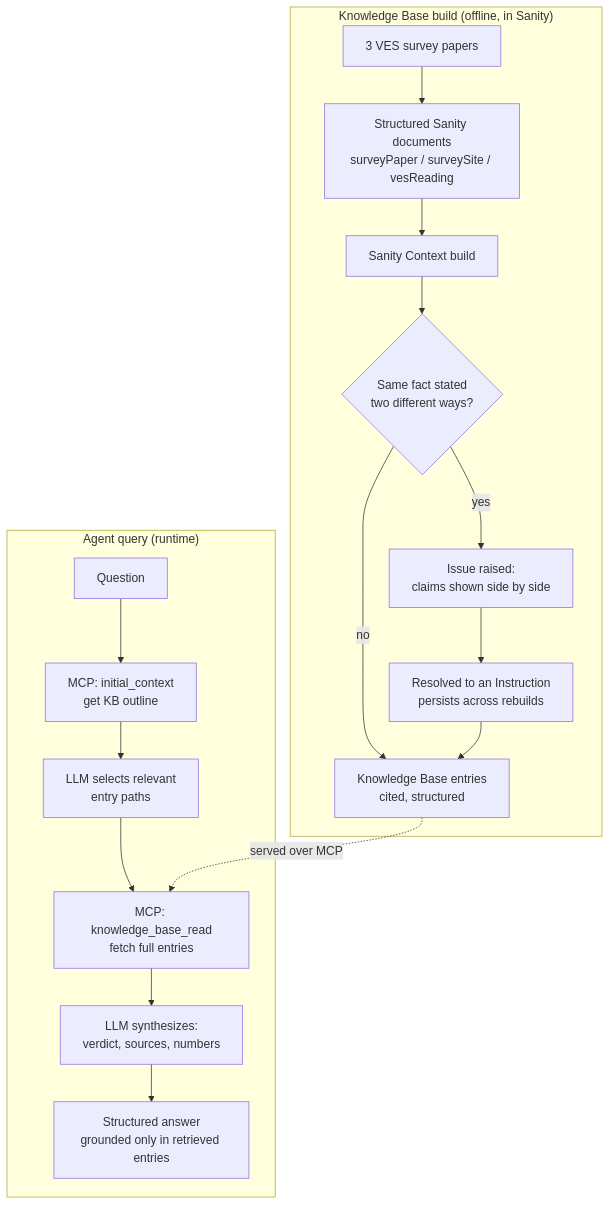
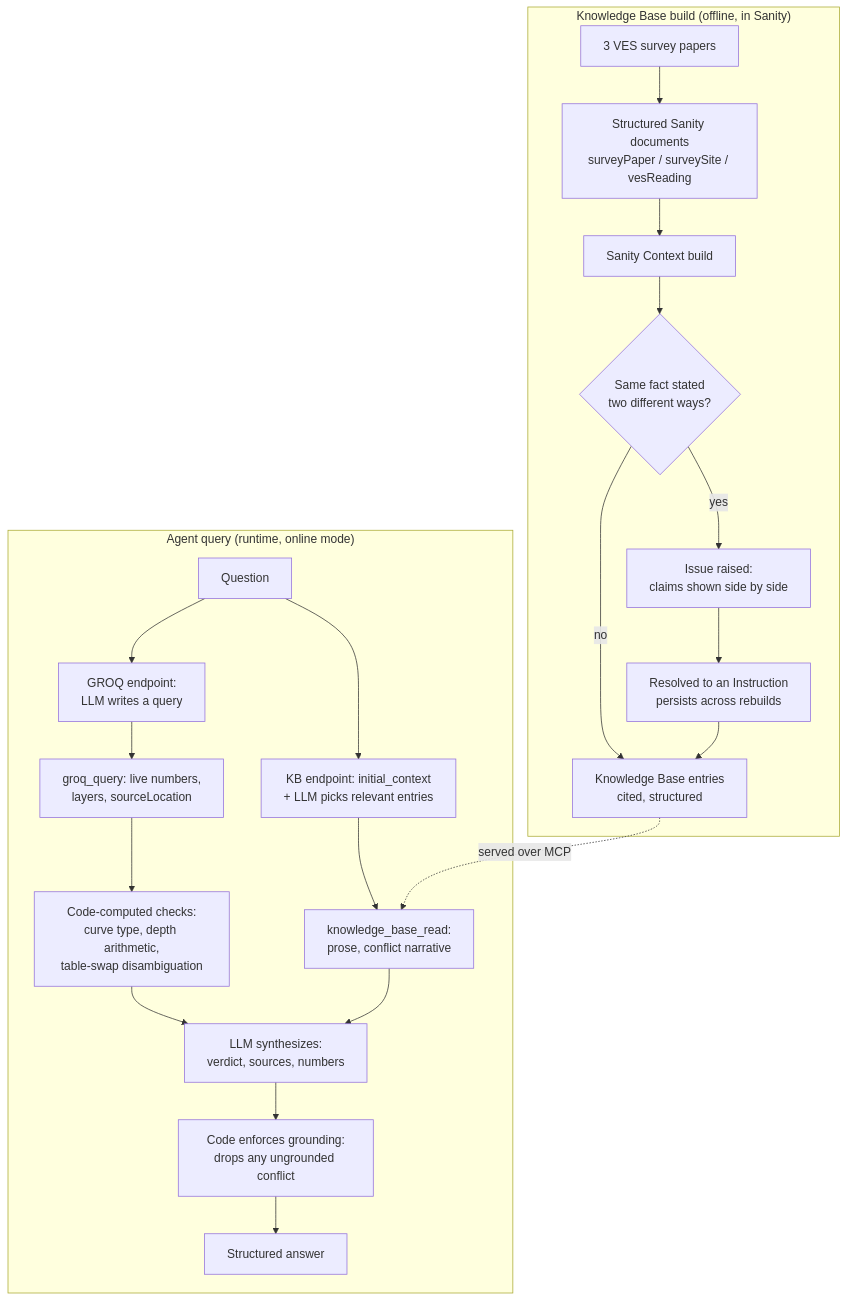
One commit to dannwaneri/ves-interpretation-agent changed the diagram in README.md. Above: the diagram before and after it, drawn with Mermaid. The commit also changed other lines of this file and 1 other file, not shown here.

````diff
--- a/README.md
+++ b/README.md
@@ -52,22 +60,26 @@
 ```mermaid
 flowchart TD
     subgraph Build["Knowledge Base build (offline, in Sanity)"]
         A["3 VES survey papers"] --> B["Structured Sanity documents<br/>surveyPaper / surveySite / vesReading"]
         B --> C["Sanity Context build"]
         C --> D{"Same fact stated<br/>two different ways?"}
         D -->|yes| E["Issue raised:<br/>claims shown side by side"]
         E --> F["Resolved to an Instruction<br/>persists across rebuilds"]
         D -->|no| G["Knowledge Base entries<br/>cited, structured"]
         F --> G
     end
 
-    subgraph Query["Agent query (runtime)"]
-        H["Question"] --> I["MCP: initial_context<br/>get KB outline"]
-        I --> J["LLM selects relevant<br/>entry paths"]
-        J --> K["MCP: knowledge_base_read<br/>fetch full entries"]
-        K --> L["LLM synthesizes:<br/>verdict, sources, numbers"]
-        L --> M["Structured answer<br/>grounded only in retrieved entries"]
+    subgraph Query["Agent query (runtime, online mode)"]
+        H["Question"] --> I["GROQ endpoint:<br/>LLM writes a query"]
+        I --> J["groq_query: live numbers,<br/>layers, sourceLocation"]
+        H --> K["KB endpoint: initial_context<br/>+ LLM picks relevant entries"]
+        K --> L["knowledge_base_read:<br/>prose, conflict narrative"]
+        J --> M["Code-computed checks:<br/>curve type, depth arithmetic,<br/>table-swap disambiguation"]
+        M --> N["LLM synthesizes:<br/>verdict, sources, numbers"]
+        L --> N
+        N --> O["Code enforces grounding:<br/>drops any ungrounded conflict"]
+        O --> P["Structured answer"]
     end
 
-    G -. served over MCP .-> K
+    G -. served over MCP .-> L
 ```
````
